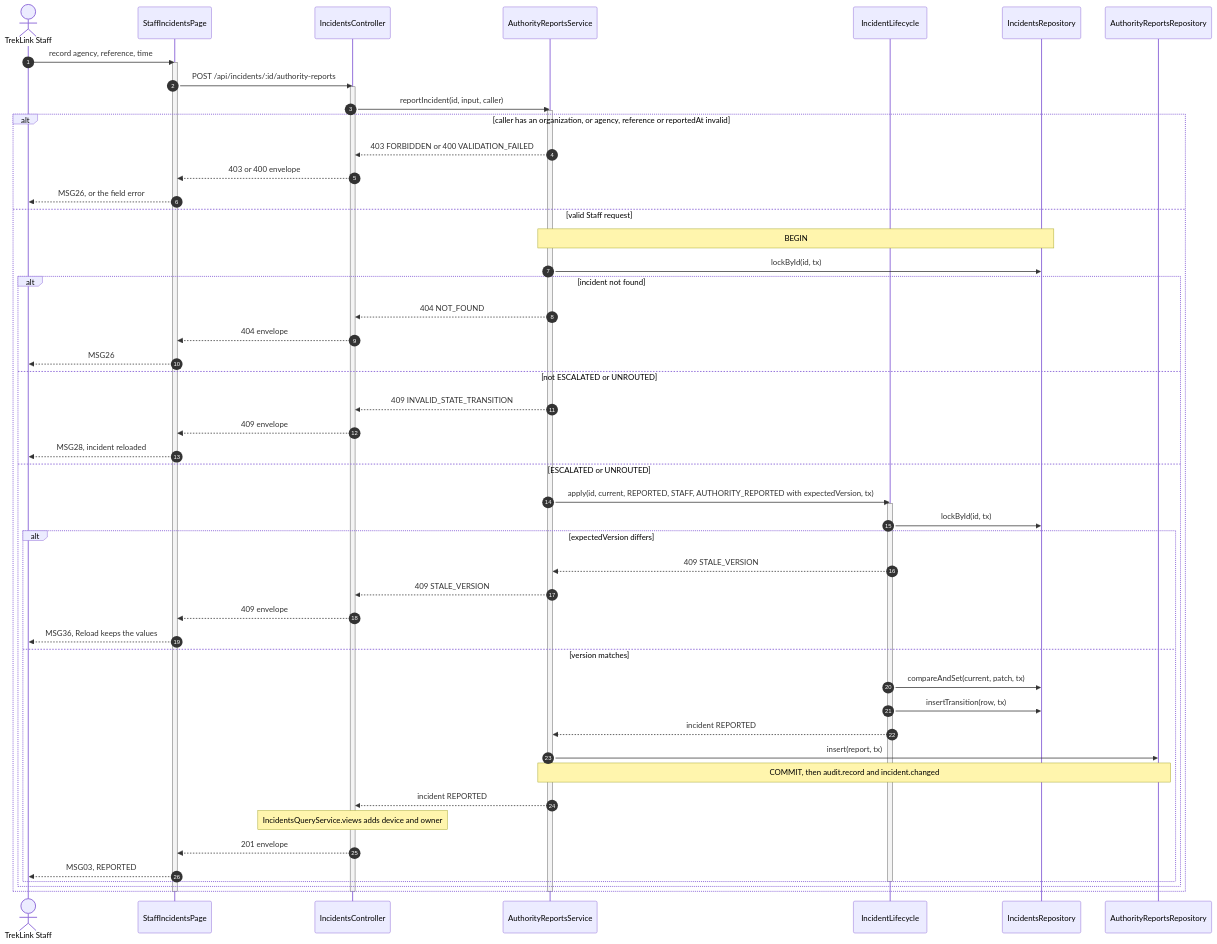
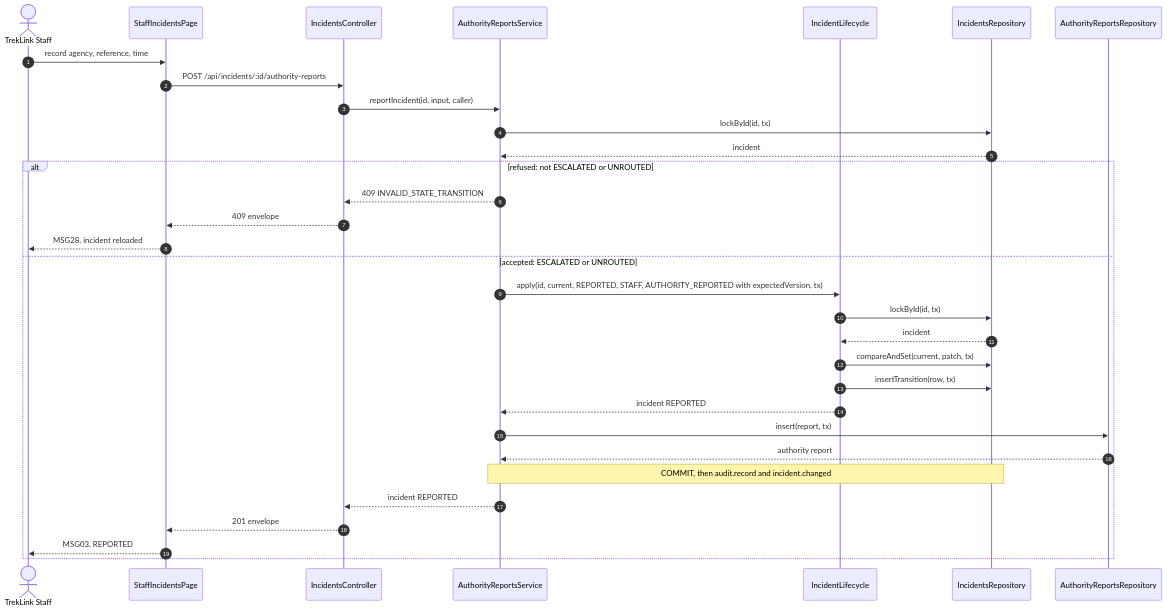
The second of 2 diagrams in specs/incidents/api-design/08-post-incidents-id-authority-reports.md (TrekLink-Team/treklink-web), drawn with Mermaid before and after one commit. The commit also changed 8 other files, not shown here.

First line of the commit message:
docs: keep one alt and no activation lines in the incidents sequences

````diff
--- a/specs/incidents/api-design/08-post-incidents-id-authority-reports.md
+++ b/specs/incidents/api-design/08-post-incidents-id-authority-reports.md
@@ -239,58 +239,34 @@
 ```mermaid
 sequenceDiagram
     autonumber
     actor U as TrekLink Staff
     participant P as StaffIncidentsPage
     participant Ctl as IncidentsController
     participant Svc as AuthorityReportsService
     participant L as IncidentLifecycle
     participant R as IncidentsRepository
     participant Ar as AuthorityReportsRepository
     U->>P: record agency, reference, time
-    activate P
     P->>Ctl: POST /api/incidents/:id/authority-reports
-    activate Ctl
     Ctl->>Svc: reportIncident(id, input, caller)
-    activate Svc
-    alt caller has an organization, or agency, reference or reportedAt invalid
-        Svc-->>Ctl: 403 FORBIDDEN or 400 VALIDATION_FAILED
-        Ctl-->>P: 403 or 400 envelope
-        P-->>U: MSG26, or the field error
-    else valid Staff request
-        Note over Svc,R: BEGIN
-        Svc->>R: lockById(id, tx)
-        alt incident not found
-            Svc-->>Ctl: 404 NOT_FOUND
-            Ctl-->>P: 404 envelope
-            P-->>U: MSG26
-        else not ESCALATED or UNROUTED
-            Svc-->>Ctl: 409 INVALID_STATE_TRANSITION
-            Ctl-->>P: 409 envelope
-            P-->>U: MSG28, incident reloaded
-        else ESCALATED or UNROUTED
-            Svc->>L: apply(id, current, REPORTED, STAFF, AUTHORITY_REPORTED with expectedVersion, tx)
-            activate L
-            L->>R: lockById(id, tx)
-            alt expectedVersion differs
-                L-->>Svc: 409 STALE_VERSION
-                Svc-->>Ctl: 409 STALE_VERSION
-                Ctl-->>P: 409 envelope
-                P-->>U: MSG36, Reload keeps the values
-            else version matches
-                L->>R: compareAndSet(current, patch, tx)
-                L->>R: insertTransition(row, tx)
-                L-->>Svc: incident REPORTED
-                Svc->>Ar: insert(report, tx)
-                Note over Svc,Ar: COMMIT, then audit.record and incident.changed
-                Svc-->>Ctl: incident REPORTED
-                Note over Ctl: IncidentsQueryService.views adds device and owner
-                Ctl-->>P: 201 envelope
-                P-->>U: MSG03, REPORTED
-            end
-            deactivate L
-        end
+    Svc->>R: lockById(id, tx)
+    R-->>Svc: incident
+    alt refused: not ESCALATED or UNROUTED
+        Svc-->>Ctl: 409 INVALID_STATE_TRANSITION
+        Ctl-->>P: 409 envelope
+        P-->>U: MSG28, incident reloaded
+    else accepted: ESCALATED or UNROUTED
+        Svc->>L: apply(id, current, REPORTED, STAFF, AUTHORITY_REPORTED with expectedVersion, tx)
+        L->>R: lockById(id, tx)
+        R-->>L: incident
+        L->>R: compareAndSet(current, patch, tx)
+        L->>R: insertTransition(row, tx)
+        L-->>Svc: incident REPORTED
+        Svc->>Ar: insert(report, tx)
+        Ar-->>Svc: authority report
+        Note over Svc,R: COMMIT, then audit.record and incident.changed
+        Svc-->>Ctl: incident REPORTED
+        Ctl-->>P: 201 envelope
+        P-->>U: MSG03, REPORTED
     end
-    deactivate Svc
-    deactivate Ctl
-    deactivate P
 ```
````
